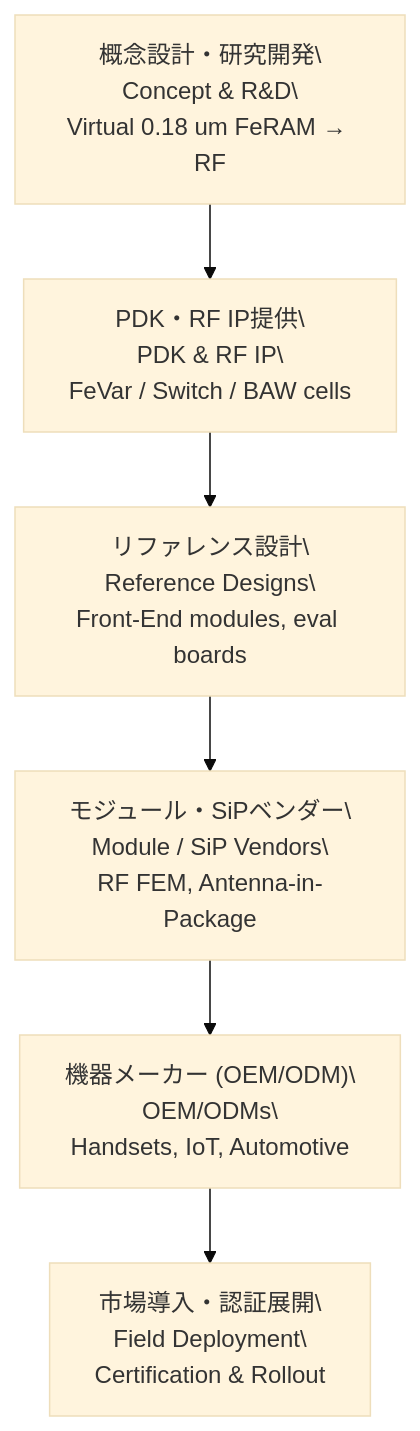
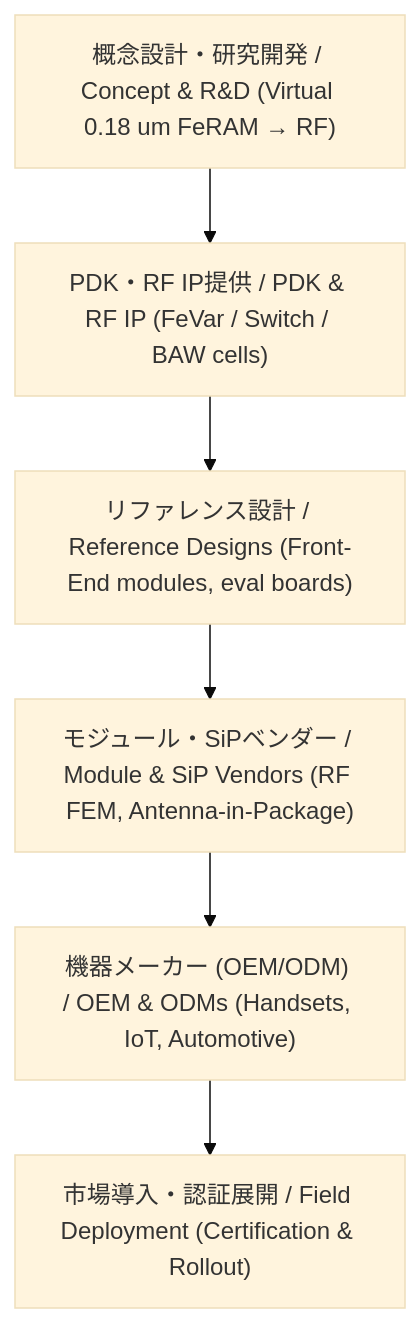
The second of 3 diagrams in applied-devices/rf-devices/README.md (Samizo-AITL/Edusemi-Plus), drawn with Mermaid (base theme) before and after one commit. The commit also changed other lines of this file, not shown here.

````diff
--- a/applied-devices/rf-devices/README.md
+++ b/applied-devices/rf-devices/README.md
@@ -114,8 +106,8 @@
 ```mermaid
 flowchart TB
-  RnD["概念設計・研究開発\\nConcept & R&D\\nVirtual 0.18 um FeRAM → RF"] --> PDK["PDK・RF IP提供\\nPDK & RF IP\\nFeVar / Switch / BAW cells"]
-  PDK --> REF["リファレンス設計\\nReference Designs\\nFront-End modules, eval boards"]
-  REF --> SiP["モジュール・SiPベンダー\\nModule / SiP Vendors\\nRF FEM, Antenna-in-Package"]
-  SiP --> OEM["機器メーカー (OEM/ODM)\\nOEM/ODMs\\nHandsets, IoT, Automotive"]
-  OEM --> Field["市場導入・認証展開\\nField Deployment\\nCertification & Rollout"]
-```
+  RnD["概念設計・研究開発 / Concept & R&D (Virtual 0.18 um FeRAM → RF)"] --> PDK["PDK・RF IP提供 / PDK & RF IP (FeVar / Switch / BAW cells)"]
+  PDK --> REF["リファレンス設計 / Reference Designs (Front-End modules, eval boards)"]
+  REF --> SiP["モジュール・SiPベンダー / Module & SiP Vendors (RF FEM, Antenna-in-Package)"]
+  SiP --> OEM["機器メーカー (OEM/ODM) / OEM & ODMs (Handsets, IoT, Automotive)"]
+  OEM --> Field["市場導入・認証展開 / Field Deployment (Certification & Rollout)"]
+```  
````
